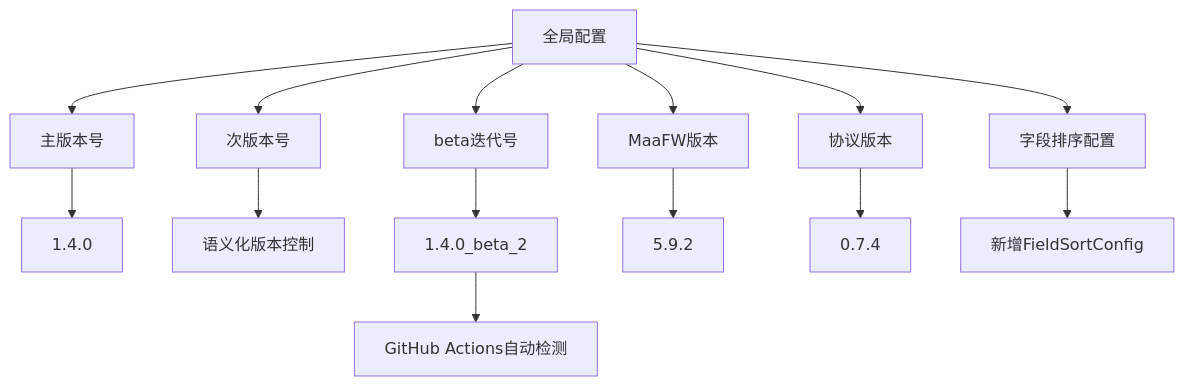
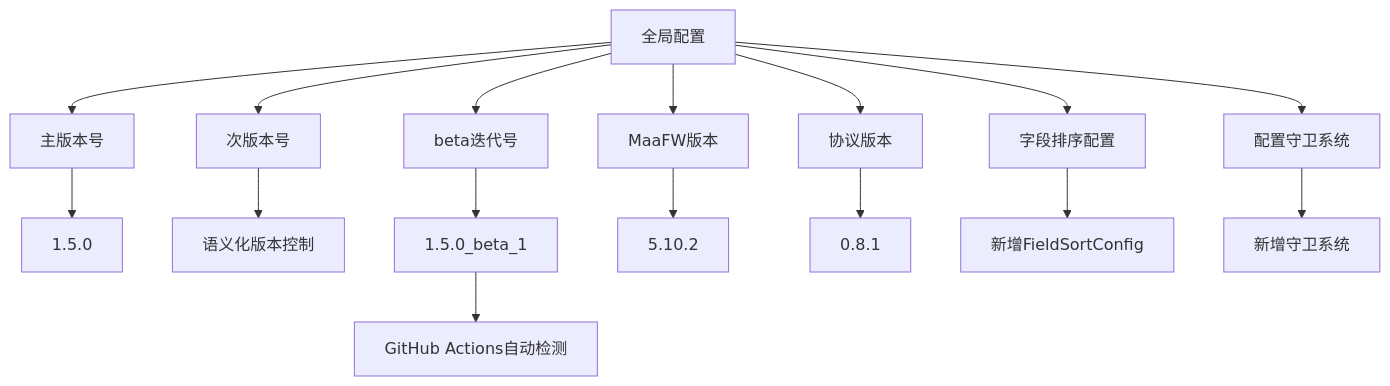
One commit to kqcoxn/MaaPipelineEditor changed diagram 19 of 20 in .qoder/repowiki/zh/content/Config Store/Config Store.md. Above: the diagram before and after it, drawn with Mermaid. The commit also changed other lines of this file and 50 other files, not shown here.

````diff
--- a/.qoder/repowiki/zh/content/Config Store/Config Store.md
+++ b/.qoder/repowiki/zh/content/Config Store/Config Store.md
@@ -821,16 +1016,18 @@
 ```mermaid
 flowchart TD
 A[全局配置] --> B[主版本号]
 A --> C[次版本号]
 A --> D[beta迭代号]
 A --> E[MaaFW版本]
 A --> F[协议版本]
 A --> G[字段排序配置]
-B --> H[1.4.0]
-C --> I[语义化版本控制]
-D --> J[1.4.0_beta_2]
-E --> K[5.9.2]
-F --> L[0.7.4]
-J --> M[GitHub Actions自动检测]
-G --> N[新增FieldSortConfig]
+A --> H[配置守卫系统]
+B --> I[1.5.0]
+C --> J[语义化版本控制]
+D --> K[1.5.0_beta_1]
+E --> L[5.10.2]
+F --> M[0.8.1]
+K --> N[GitHub Actions自动检测]
+G --> O[新增FieldSortConfig]
+H --> P[新增守卫系统]
 ```
````
